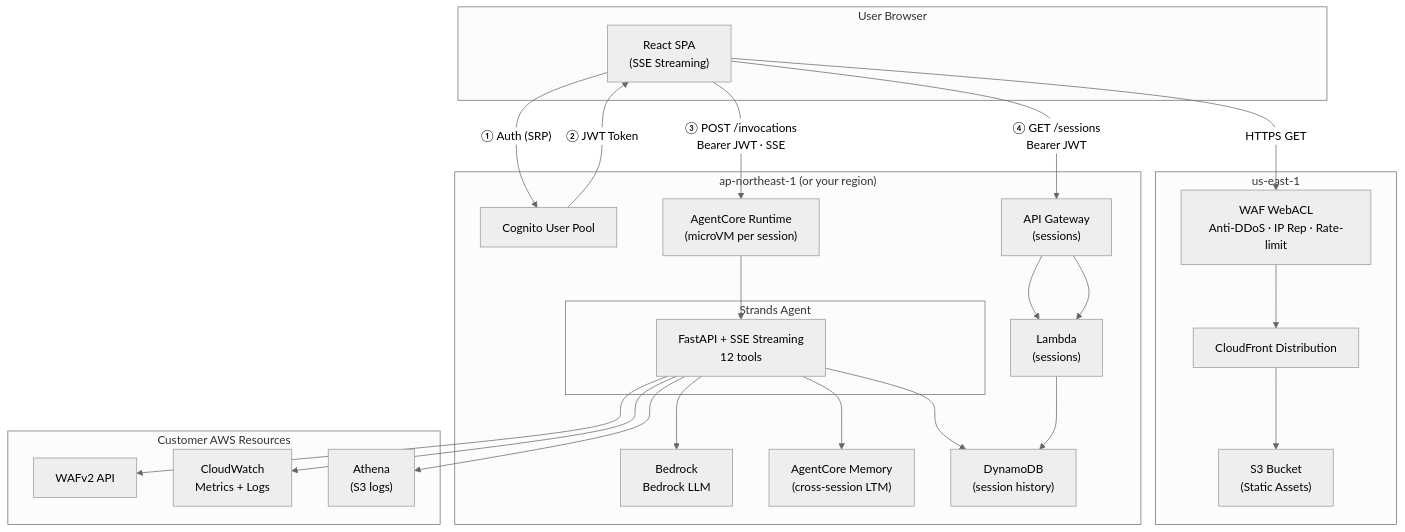
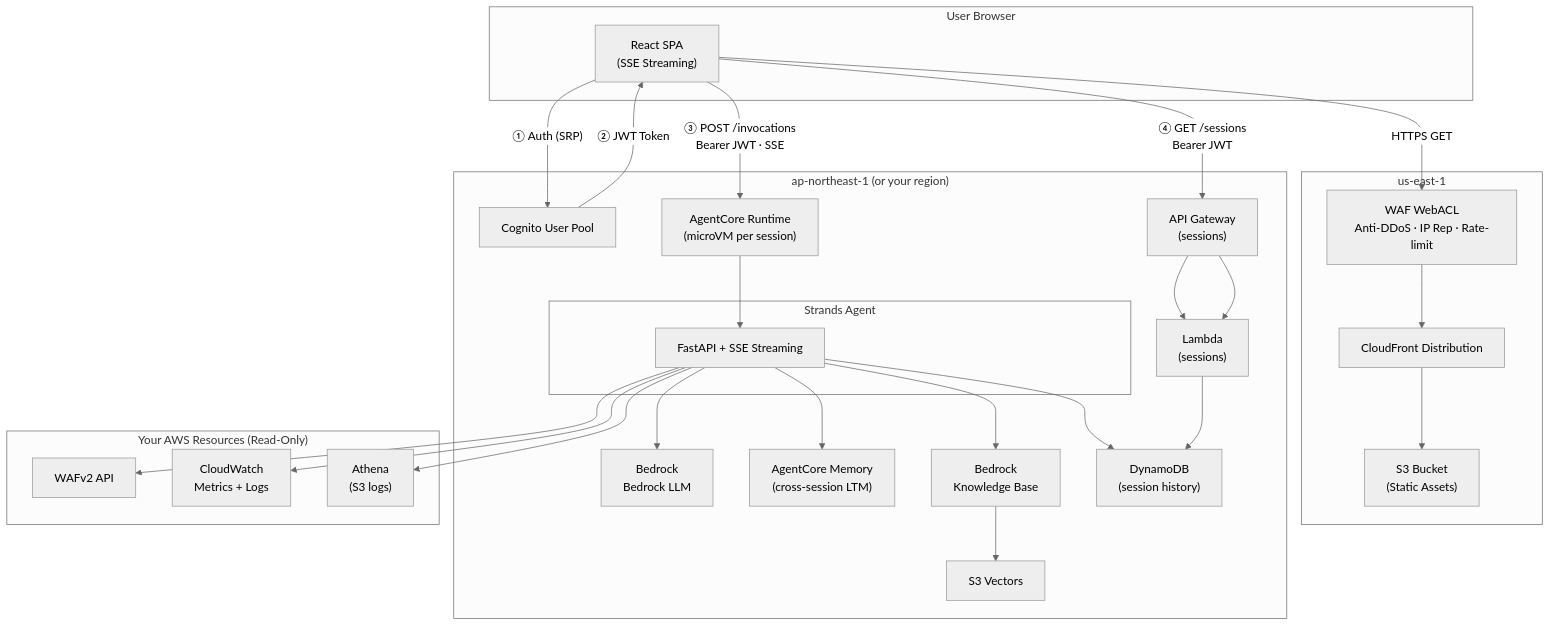
One commit to aws-samples/sample-building-a-conversational-ai-agent-for-aws-waf-analysis-with-agentcore changed the diagram in README.md. Above: the diagram before and after it, drawn with Mermaid (neutral theme). The commit also changed 7 other files, not shown here.

````diff
--- a/README.md
+++ b/README.md
@@ -54,47 +54,51 @@
 ```mermaid
 graph TB
     subgraph User["User Browser"]
         SPA["React SPA<br/>(SSE Streaming)"]
     end
 
     subgraph CF["us-east-1"]
         CloudFront["CloudFront Distribution"]
         WAF_FE["WAF WebACL<br/>Anti-DDoS · IP Rep · Rate-limit"]
         S3["S3 Bucket<br/>(Static Assets)"]
     end
 
     subgraph Backend["ap-northeast-1 (or your region)"]
         Cognito["Cognito User Pool"]
         AC["AgentCore Runtime<br/>(microVM per session)"]
         subgraph Agent["Strands Agent"]
-            FastAPI["FastAPI + SSE Streaming<br/>12 tools"]
+            FastAPI["FastAPI + SSE Streaming"]
         end
         Bedrock["Bedrock<br/>Bedrock LLM"]
         Memory["AgentCore Memory<br/>(cross-session LTM)"]
+        KB["Bedrock<br/>Knowledge Base"]
+        S3Vec["S3 Vectors"]
         DDB["DynamoDB<br/>(session history)"]
         APIGW["API Gateway<br/>(sessions)"]
         Lambda["Lambda<br/>(sessions)"]
     end
 
-    subgraph AWS["Customer AWS Resources"]
+    subgraph AWS["Your AWS Resources (Read-Only)"]
         WAFv2["WAFv2 API"]
         CW["CloudWatch<br/>Metrics + Logs"]
         Athena["Athena<br/>(S3 logs)"]
     end
 
     SPA -->|"HTTPS GET"| WAF_FE
     WAF_FE --> CloudFront --> S3
     SPA -->|"① Auth (SRP)"| Cognito
     Cognito -->|"② JWT Token"| SPA
     SPA -->|"③ POST /invocations<br/>Bearer JWT · SSE"| AC
     SPA -->|"④ GET /sessions<br/>Bearer JWT"| APIGW
     APIGW --> Lambda
     AC --> FastAPI
     FastAPI --> Bedrock
     FastAPI --> Memory
+    FastAPI --> KB
+    KB --> S3Vec
     FastAPI --> DDB
     APIGW --> Lambda --> DDB
     FastAPI --> WAFv2
     FastAPI --> CW
     FastAPI --> Athena
 ```
````
